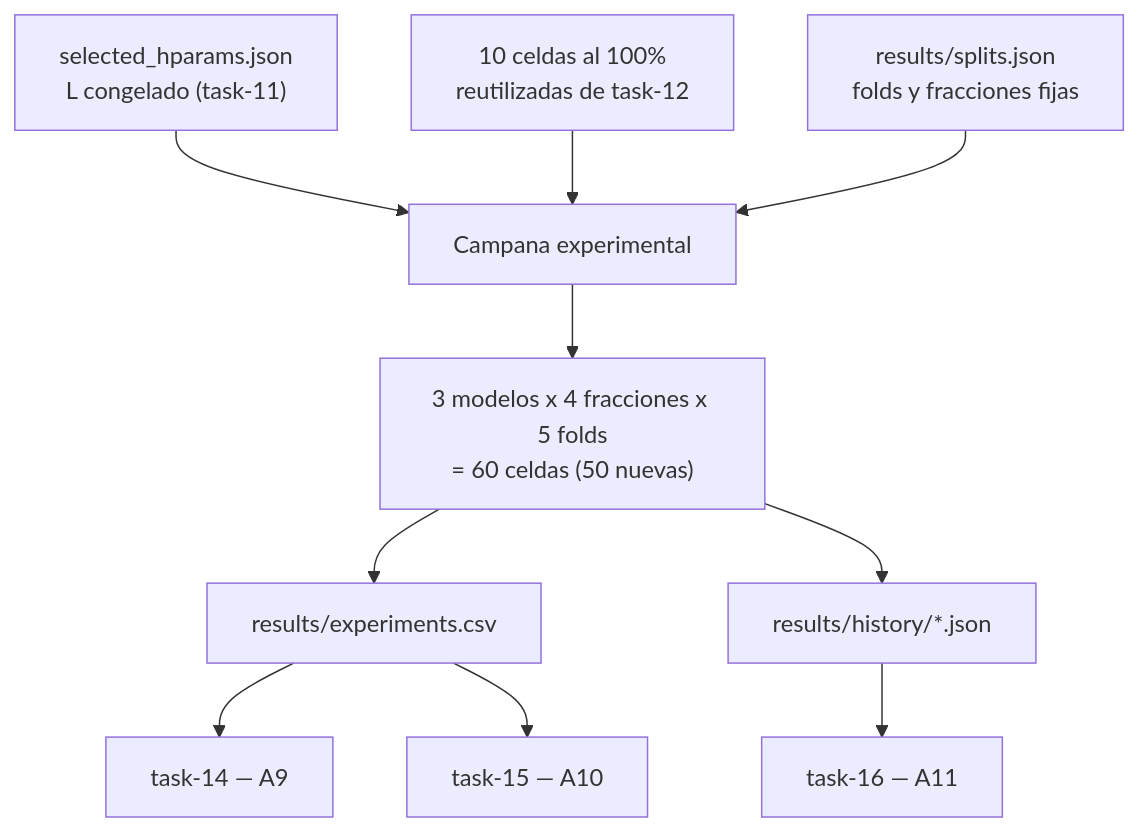
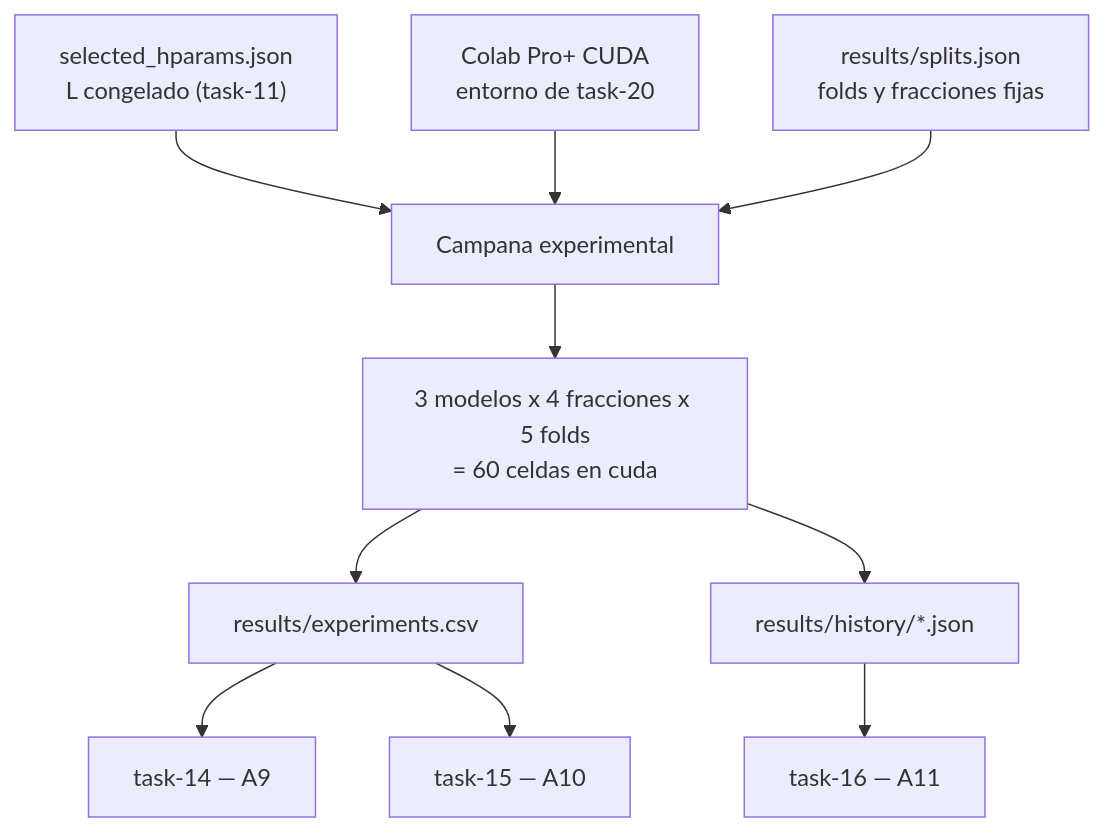
Before and after one commit to frankdaza/uao_ia_cd_proyecto_grado: the diagram in backlog/tasks/task-13 - Campaña-experimental-k-fold-en-escenarios-de-escasez-A8.md, drawn with Mermaid. The commit also changed other lines of this file and 33 other files, not shown here.

````diff
--- a/backlog/tasks/task-13 - Campaña-experimental-k-fold-en-escenarios-de-escasez-A8.md
+++ b/backlog/tasks/task-13 - Campaña-experimental-k-fold-en-escenarios-de-escasez-A8.md
@@ -42,12 +45,12 @@
 ```mermaid
 flowchart TB
   Sel["selected_hparams.json<br/>L congelado (task-11)"] --> C["Campana experimental"]
-  Base["10 celdas al 100%<br/>reutilizadas de task-12"] --> C
+  Env["Colab Pro+ CUDA<br/>entorno de task-20"] --> C
   Splits["results/splits.json<br/>folds y fracciones fijas"] --> C
-  C --> G["3 modelos x 4 fracciones x 5 folds<br/>= 60 celdas (50 nuevas)"]
+  C --> G["3 modelos x 4 fracciones x 5 folds<br/>= 60 celdas en cuda"]
   G --> CSV["results/experiments.csv"]
   G --> H["results/history/*.json"]
   CSV --> T14["task-14 — A9"]
   CSV --> T15["task-15 — A10"]
   H --> T16["task-16 — A11"]
 ```
````
